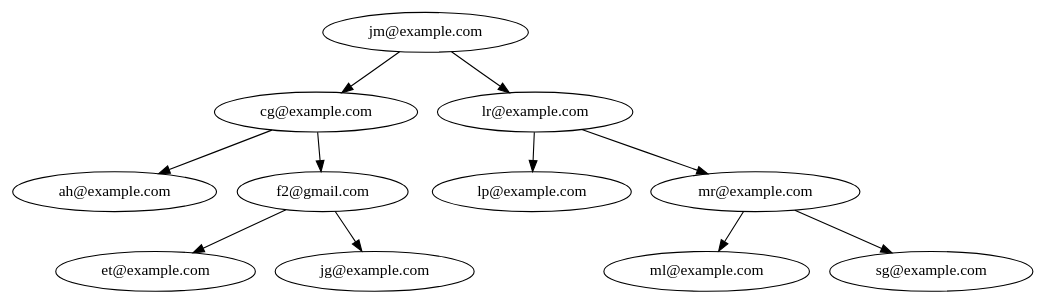
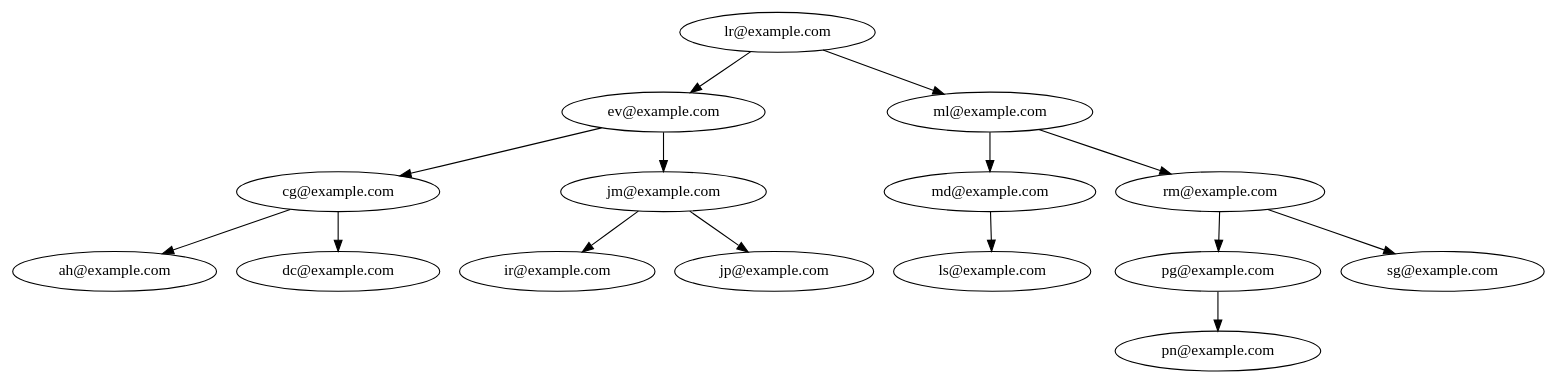
One commit to lurdesss/-EDD-Proyecto_202103763 changed the diagram in Fase2/SocialStructure/salida/arbol_avl.dot. Above: the diagram before and after it, drawn with Graphviz. The commit also changed 42 other files, not shown here.

```diff
--- a/Fase2/SocialStructure/salida/arbol_avl.dot
+++ b/Fase2/SocialStructure/salida/arbol_avl.dot
@@ -1,23 +1,31 @@
 digraph AVLTree {
-    "jm@example.com" [label="jm@example.com"];
-    "jm@example.com" -> "cg@example.com";
+    "lr@example.com" [label="lr@example.com"];
+    "lr@example.com" -> "ev@example.com";
+    "ev@example.com" [label="ev@example.com"];
+    "ev@example.com" -> "cg@example.com";
     "cg@example.com" [label="cg@example.com"];
     "cg@example.com" -> "ah@example.com";
     "ah@example.com" [label="ah@example.com"];
-    "cg@example.com" -> "f2@gmail.com";
-    "f2@gmail.com" [label="f2@gmail.com"];
-    "f2@gmail.com" -> "et@example.com";
-    "et@example.com" [label="et@example.com"];
-    "f2@gmail.com" -> "jg@example.com";
-    "jg@example.com" [label="jg@example.com"];
-    "jm@example.com" -> "lr@example.com";
-    "lr@example.com" [label="lr@example.com"];
-    "lr@example.com" -> "lp@example.com";
-    "lp@example.com" [label="lp@example.com"];
-    "lr@example.com" -> "mr@example.com";
-    "mr@example.com" [label="mr@example.com"];
-    "mr@example.com" -> "ml@example.com";
+    "cg@example.com" -> "dc@example.com";
+    "dc@example.com" [label="dc@example.com"];
+    "ev@example.com" -> "jm@example.com";
+    "jm@example.com" [label="jm@example.com"];
+    "jm@example.com" -> "ir@example.com";
+    "ir@example.com" [label="ir@example.com"];
+    "jm@example.com" -> "jp@example.com";
+    "jp@example.com" [label="jp@example.com"];
+    "lr@example.com" -> "ml@example.com";
     "ml@example.com" [label="ml@example.com"];
-    "mr@example.com" -> "sg@example.com";
+    "ml@example.com" -> "md@example.com";
+    "md@example.com" [label="md@example.com"];
+    "md@example.com" -> "ls@example.com";
+    "ls@example.com" [label="ls@example.com"];
+    "ml@example.com" -> "rm@example.com";
+    "rm@example.com" [label="rm@example.com"];
+    "rm@example.com" -> "pg@example.com";
+    "pg@example.com" [label="pg@example.com"];
+    "pg@example.com" -> "pn@example.com";
+    "pn@example.com" [label="pn@example.com"];
+    "rm@example.com" -> "sg@example.com";
     "sg@example.com" [label="sg@example.com"];
 }
```
